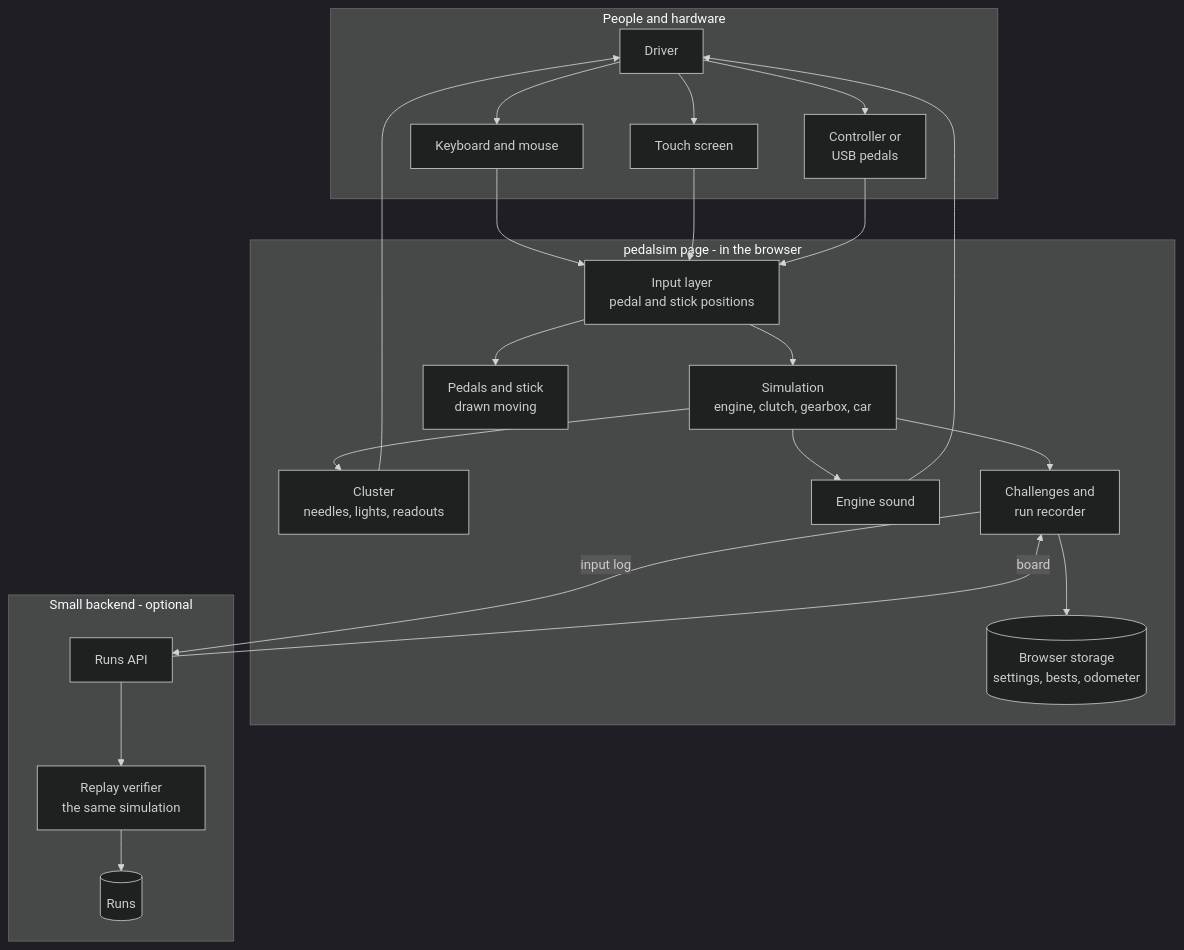
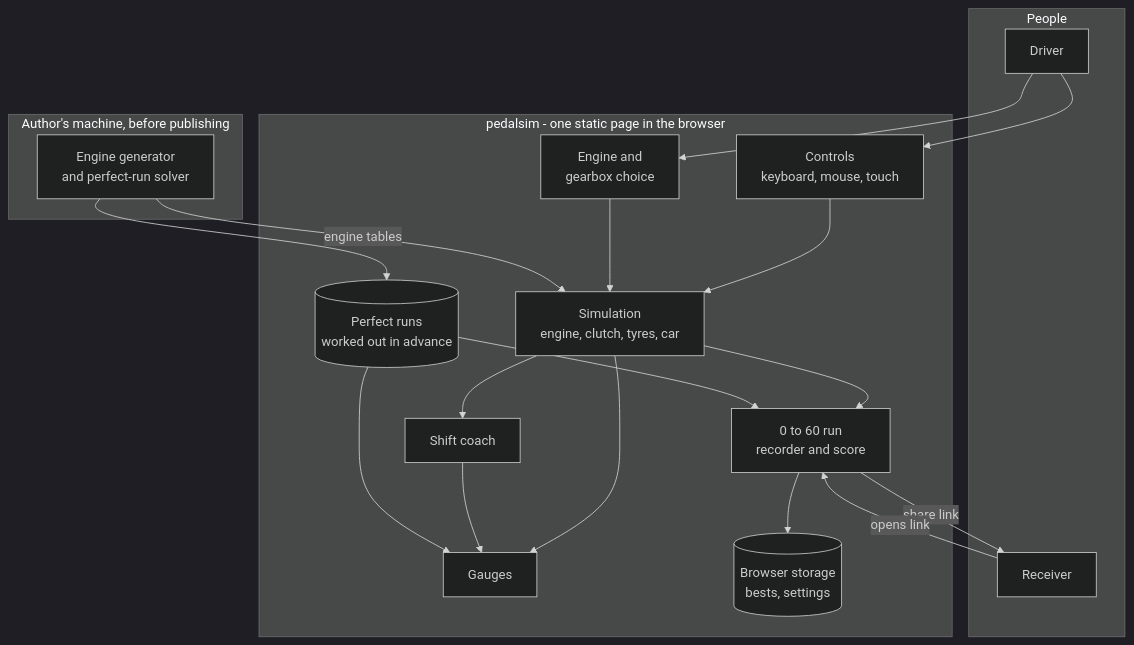
Before and after one commit to MoAbboud/PortFolio: the diagram in pedalsim/requirements/02-interaction.md, drawn with Mermaid (dark theme). The commit also changed other lines of this file and 6 other files, not shown here.

Commit message:
git add pedalsim/requirements git commit -m "pedalsim replanned as one page of gauges with no server: engines from four to twelve cylinders built from their dimensions, a shift coach, and a 0-60 score measured against a solved perfect run"

````diff
--- a/pedalsim/requirements/02-interaction.md
+++ b/pedalsim/requirements/02-interaction.md
@@ -16,39 +17,35 @@
 ```mermaid
 flowchart TB
-    subgraph people[People and hardware]
+    subgraph people[People]
         DR[Driver]
-        KB[Keyboard and mouse]
-        TS[Touch screen]
-        GP[Controller or<br/>USB pedals]
+        RC[Receiver]
     end
 
-    subgraph page[pedalsim page - in the browser]
-        IN[Input layer<br/>pedal and stick positions]
-        SIM[Simulation<br/>engine, clutch, gearbox, car]
-        CL[Cluster<br/>needles, lights, readouts]
-        PD[Pedals and stick<br/>drawn moving]
-        SND[Engine sound]
-        CH[Challenges and<br/>run recorder]
-        LS[(Browser storage<br/>settings, bests, odometer)]
+    subgraph page[pedalsim - one static page in the browser]
+        CTRL[Controls<br/>keyboard, mouse, touch]
+        SEL[Engine and<br/>gearbox choice]
+        SIM[Simulation<br/>engine, clutch, tyres, car]
+        COACH[Shift coach]
+        G[Gauges]
+        RUN[0 to 60 run<br/>recorder and score]
+        PERF[(Perfect runs<br/>worked out in advance)]
+        LS[(Browser storage<br/>bests, settings)]
     end
 
-    subgraph srv[Small backend - optional]
-        API[Runs API]
-        RE[Replay verifier<br/>the same simulation]
-        DB[(Runs)]
+    subgraph offline[Author's machine, before publishing]
+        GEN[Engine generator<br/>and perfect-run solver]
     end
 
-    DR --> KB & TS & GP
-    KB & TS & GP --> IN
-    IN --> SIM
-    IN --> PD
-    SIM --> CL
-    SIM --> SND
-    SIM --> CH
-    CH --> LS
-    CH -->|input log| API
-    API --> RE --> DB
-    API -->|board| CH
-    CL --> DR
-    SND --> DR
+    DR --> CTRL --> SIM
+    DR --> SEL --> SIM
+    SIM --> G
+    SIM --> COACH --> G
+    SIM --> RUN
+    PERF --> RUN
+    PERF --> G
+    RUN --> LS
+    RUN -->|share link| RC
+    RC -->|opens link| RUN
+    GEN --> PERF
+    GEN -->|engine tables| SIM
 ```
````
